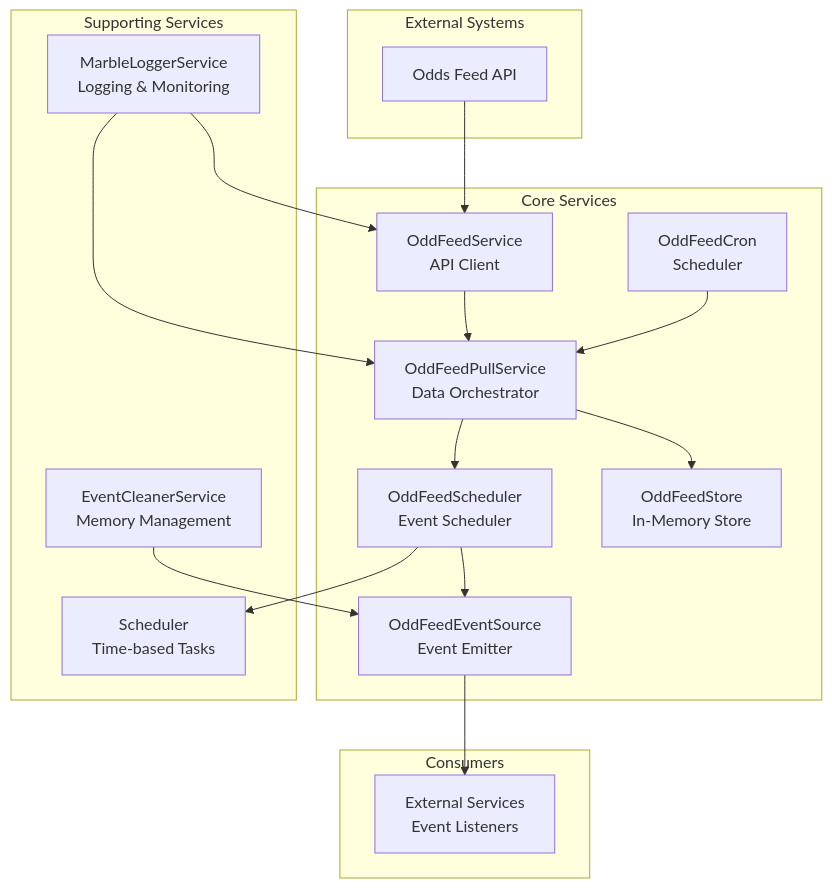
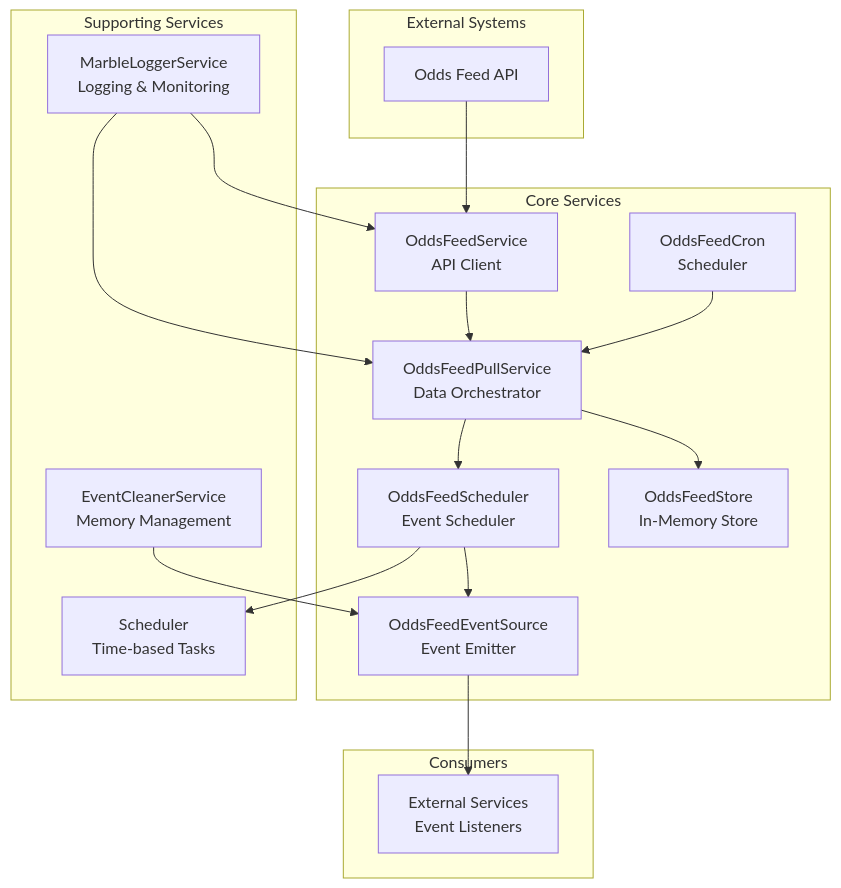
The first of 3 diagrams in README.md (starixvn/l1_marble-games_odds-feed-client), drawn with Mermaid before and after one commit. The commit also changed other lines of this file, not shown here.

````diff
--- a/README.md
+++ b/README.md
@@ -19,37 +19,37 @@
 ```mermaid
 graph TB
     subgraph "External Systems"
         API[Odds Feed API]
     end
 
     subgraph "Core Services"
-        OS[OddFeedService<br/>API Client]
-        PS[OddFeedPullService<br/>Data Orchestrator]
-        CR[OddFeedCron<br/>Scheduler]
-        SC[OddFeedScheduler<br/>Event Scheduler]
-        ST[OddFeedStore<br/>In-Memory Store]
-        ES[OddFeedEventSource<br/>Event Emitter]
+        OS[OddsFeedService<br/>API Client]
+        PS[OddsFeedPullService<br/>Data Orchestrator]
+        CR[OddsFeedCron<br/>Scheduler]
+        SC[OddsFeedScheduler<br/>Event Scheduler]
+        ST[OddsFeedStore<br/>In-Memory Store]
+        ES[OddsFeedEventSource<br/>Event Emitter]
     end
 
     subgraph "Supporting Services"
         CL[EventCleanerService<br/>Memory Management]
         ML[MarbleLoggerService<br/>Logging & Monitoring]
         SCH[Scheduler<br/>Time-based Tasks]
     end
 
     subgraph "Consumers"
         EXT[External Services<br/>Event Listeners]
     end
 
     API --> OS
     OS --> PS
     CR --> PS
     PS --> ST
     PS --> SC
     SC --> ES
     SC --> SCH
     ES --> EXT
     CL --> ES
     ML --> OS
     ML --> PS
 ```
````
